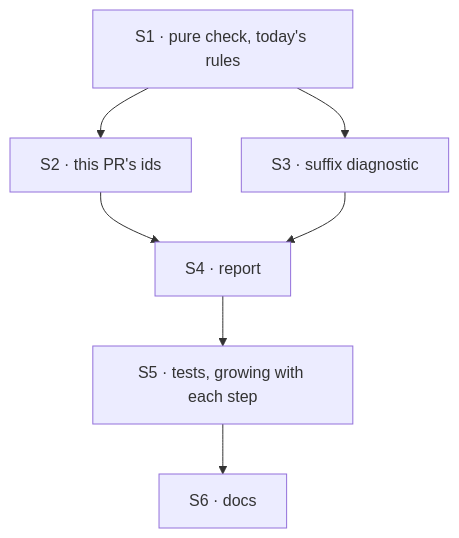
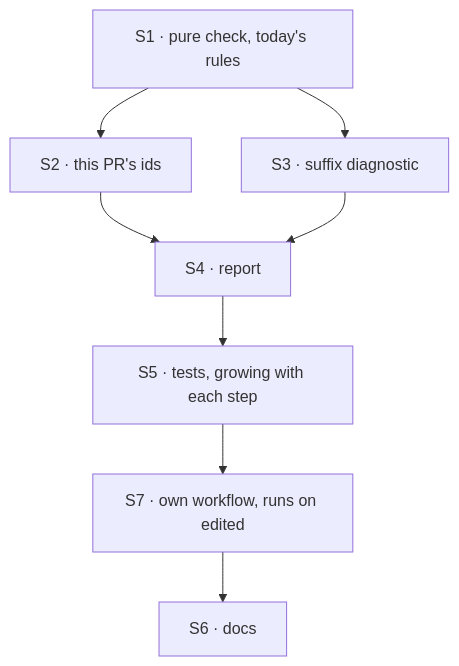
One commit to fixpoint-labs/flow-state-dev changed the diagram in specs/issues/FIX-1532/PLAN.md. Above: the diagram before and after it, drawn with Mermaid. The commit also changed other lines of this file and 4 other files, not shown here.

````diff
--- a/specs/issues/FIX-1532/PLAN.md
+++ b/specs/issues/FIX-1532/PLAN.md
@@ -23,9 +24,10 @@
 ```mermaid
 flowchart TD
   S1["S1 · pure check, today's rules"] --> S3["S3 · suffix diagnostic"]
   S1 --> S2["S2 · this PR's ids"]
   S2 --> S4["S4 · report"]
   S3 --> S4
   S4 --> S5["S5 · tests, growing with each step"]
-  S5 --> S6["S6 · docs"]
+  S5 --> S7["S7 · own workflow, runs on edited"]
+  S7 --> S6["S6 · docs"]
 ```
````
